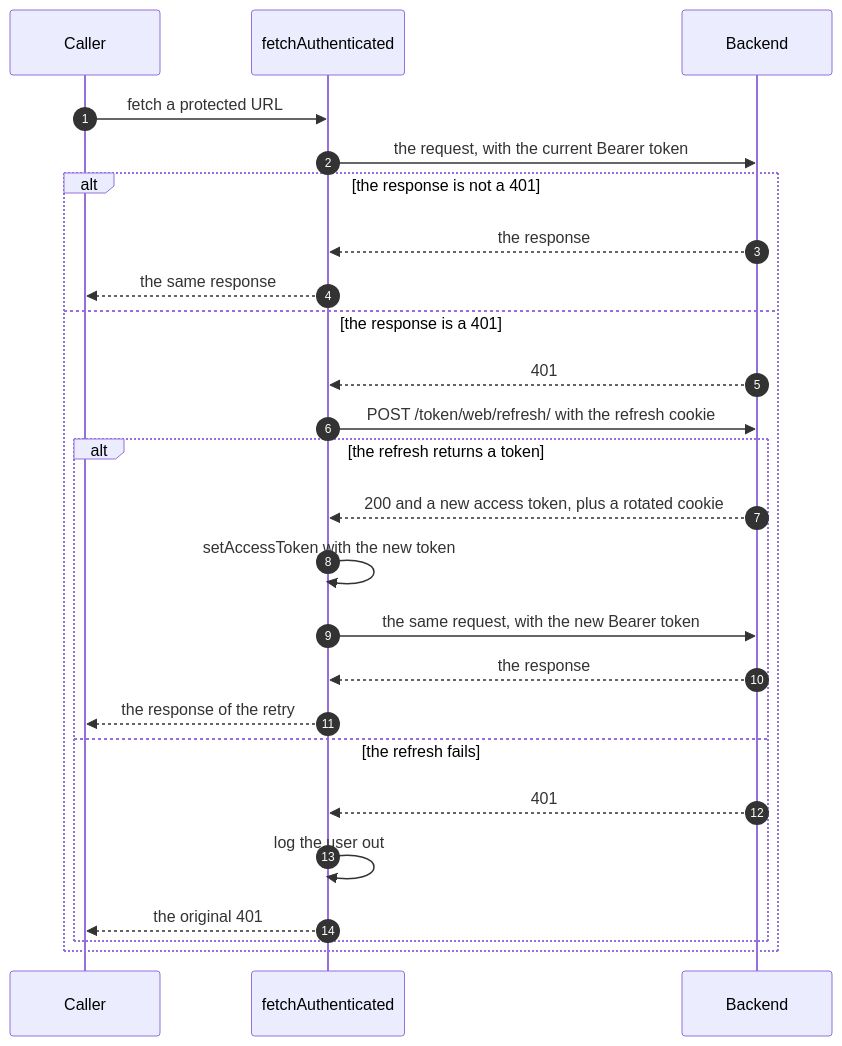
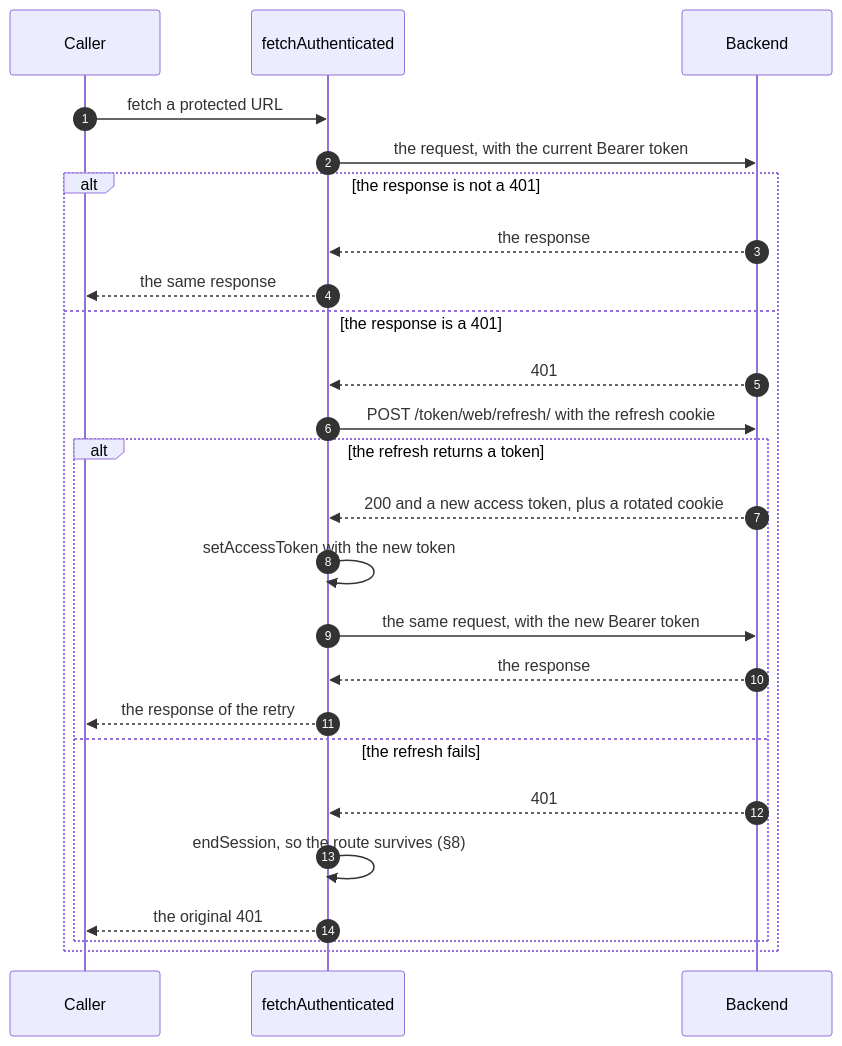
The fourth of 5 diagrams in web/doc/authentication.v2.md (floels/pinit), drawn with Mermaid before and after one commit. The commit also changed other lines of this file and 20 other files, not shown here.

````diff
--- a/web/doc/authentication.v2.md
+++ b/web/doc/authentication.v2.md
@@ -206,28 +222,28 @@
 ```mermaid
 sequenceDiagram
     autonumber
     participant C as Caller
     participant F as fetchAuthenticated
     participant B as Backend
 
     C->>F: fetch a protected URL
     F->>B: the request, with the current Bearer token
     alt the response is not a 401
         B-->>F: the response
         F-->>C: the same response
     else the response is a 401
         B-->>F: 401
         F->>B: POST /token/web/refresh/ with the refresh cookie
         alt the refresh returns a token
             B-->>F: 200 and a new access token, plus a rotated cookie
             F->>F: setAccessToken with the new token
             F->>B: the same request, with the new Bearer token
             B-->>F: the response
             F-->>C: the response of the retry
         else the refresh fails
             B-->>F: 401
-            F->>F: log the user out
+            F->>F: endSession, so the route survives (§8)
             F-->>C: the original 401
         end
     end
 ```
````
